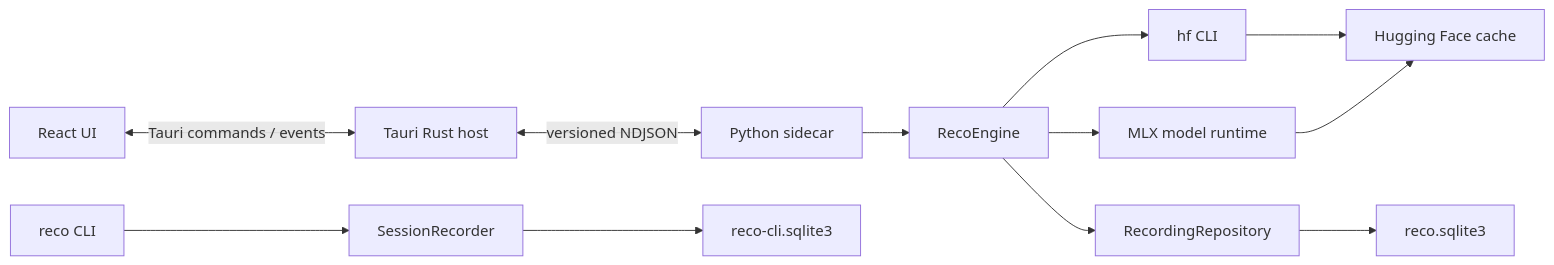
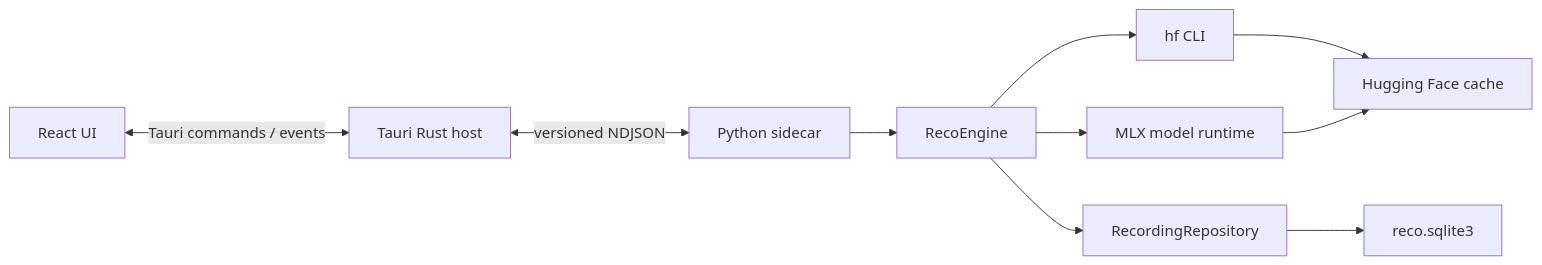
Before and after one commit to ph0ryn/RecoGUI: the diagram in docs/application-design.md, drawn with Mermaid. The commit also changed other lines of this file and 20 other files, not shown here.

First line of the commit message:
refactor: remove legacy Reco CLI surface

````diff
--- a/docs/application-design.md
+++ b/docs/application-design.md
@@ -10,27 +10,22 @@
 ```mermaid
 flowchart LR
   UI["React UI"]
   Host["Tauri Rust host"]
   Sidecar["Python sidecar"]
   Engine["RecoEngine"]
   Runtime["MLX model runtime"]
   HFCLI["hf CLI"]
   HFCache["Hugging Face cache"]
   Repository["RecordingRepository"]
   Database["reco.sqlite3"]
-  CLI["reco CLI"]
-  CLIRecorder["SessionRecorder"]
-  CLIDatabase["reco-cli.sqlite3"]
 
   UI <-->|"Tauri commands / events"| Host
   Host <-->|"versioned NDJSON"| Sidecar
   Sidecar --> Engine
   Engine --> Runtime
   Engine --> HFCLI
   HFCLI --> HFCache
   Runtime --> HFCache
   Engine --> Repository
   Repository --> Database
-  CLI --> CLIRecorder
-  CLIRecorder --> CLIDatabase
 ```
````
